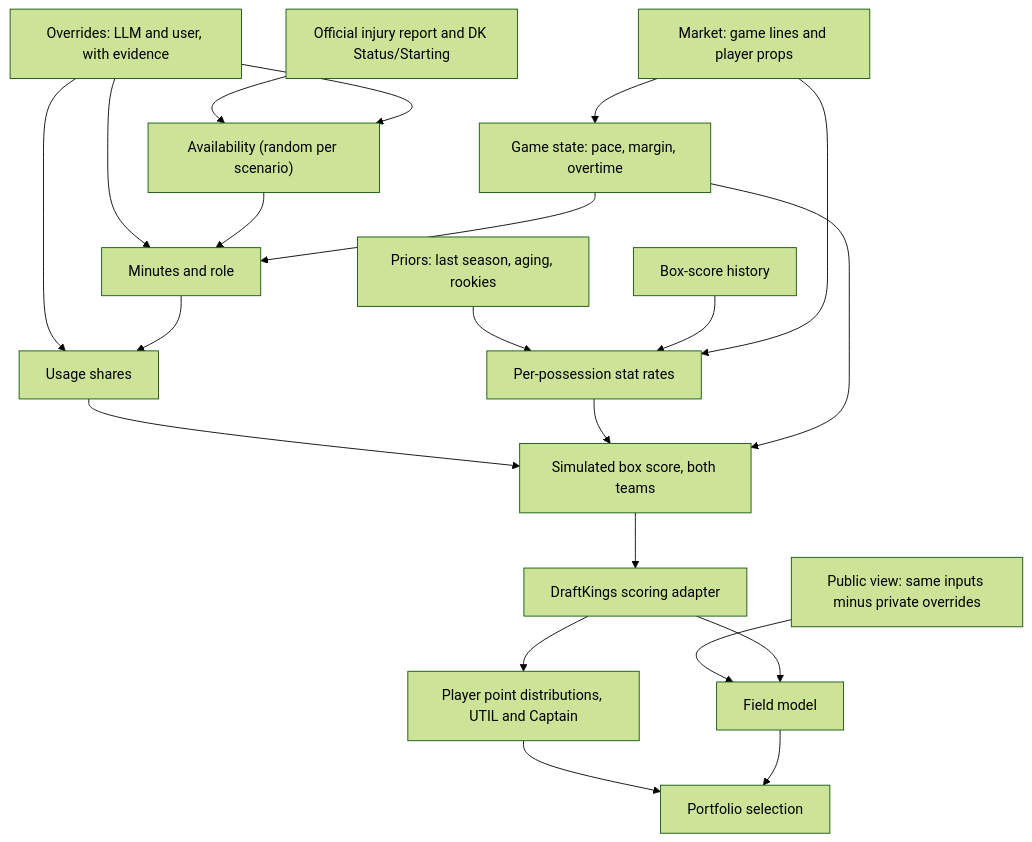
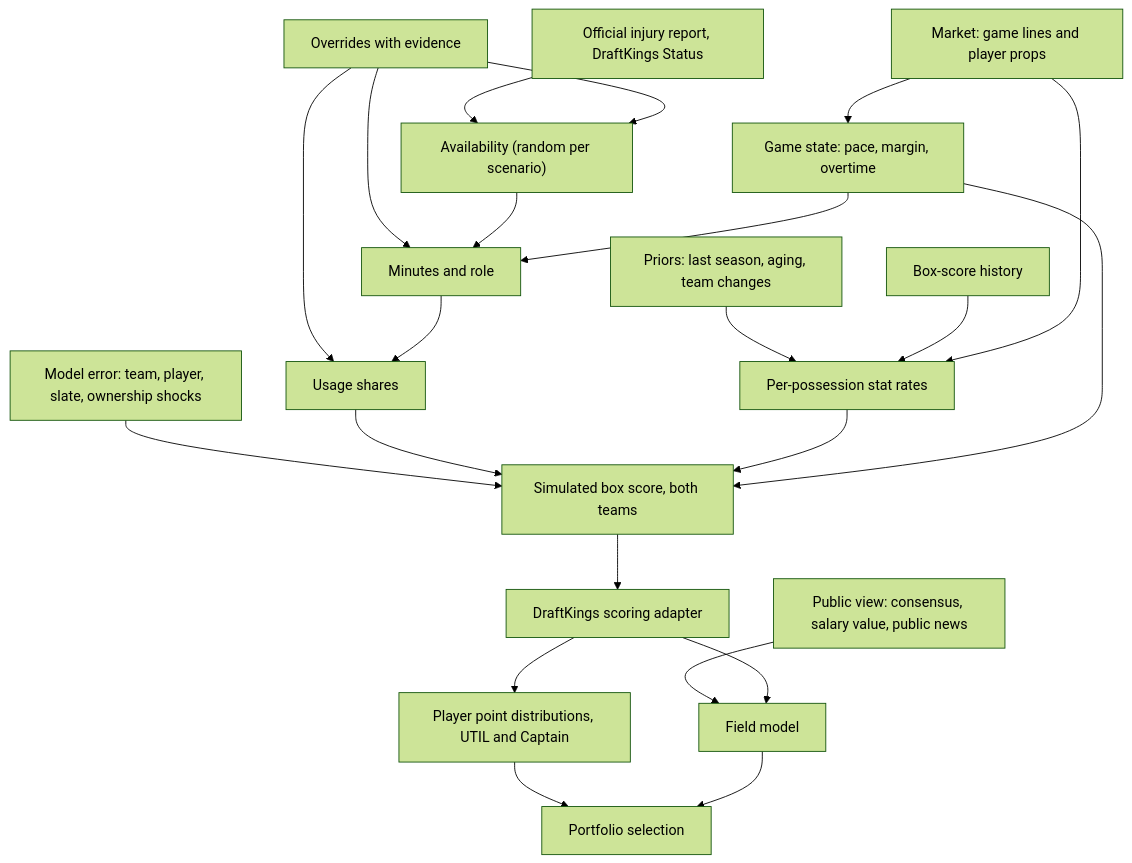
One commit to bleeski/nba-dfs changed the third of 3 diagrams in docs/ARCHITECTURE.md. Above: the diagram before and after it, drawn with Mermaid (forest theme). The commit also changed other lines of this file and 4 other files, not shown here.

Commit message:
ARCHITECTURE v2 after red-team round 1; ADR-006 solver; RT1 memo

````diff
--- a/docs/ARCHITECTURE.md
+++ b/docs/ARCHITECTURE.md
@@ -235,23 +251,24 @@
 ```mermaid
 graph TD
-    PR["Priors: last season, aging, rookies"] --> RT["Per-possession stat rates"]
+    PR["Priors: last season, aging, team changes"] --> RT["Per-possession stat rates"]
     HX["Box-score history"] --> RT
     MK["Market: game lines and player props"] --> GS["Game state: pace, margin, overtime"]
     MK --> RT
-    INJ["Official injury report and DK Status/Starting"] --> AV["Availability (random per scenario)"]
-    OVR["Overrides: LLM and user, with evidence"] --> AV
+    INJ["Official injury report, DraftKings Status"] --> AV["Availability (random per scenario)"]
+    OVR["Overrides with evidence"] --> AV
     OVR --> MIN["Minutes and role"]
     OVR --> US["Usage shares"]
     AV --> MIN
     GS --> MIN
     MIN --> US
+    ME["Model error: team, player, slate, ownership shocks"] --> ST
     US --> ST["Simulated box score, both teams"]
     RT --> ST
     GS --> ST
     ST --> DK["DraftKings scoring adapter"]
     DK --> PD["Player point distributions, UTIL and Captain"]
     PD --> PF["Portfolio selection"]
-    PUBV["Public view: same inputs minus private overrides"] --> FLD["Field model"]
+    PUBV["Public view: consensus, salary value, public news"] --> FLD["Field model"]
     DK --> FLD
     FLD --> PF
 ```
````
